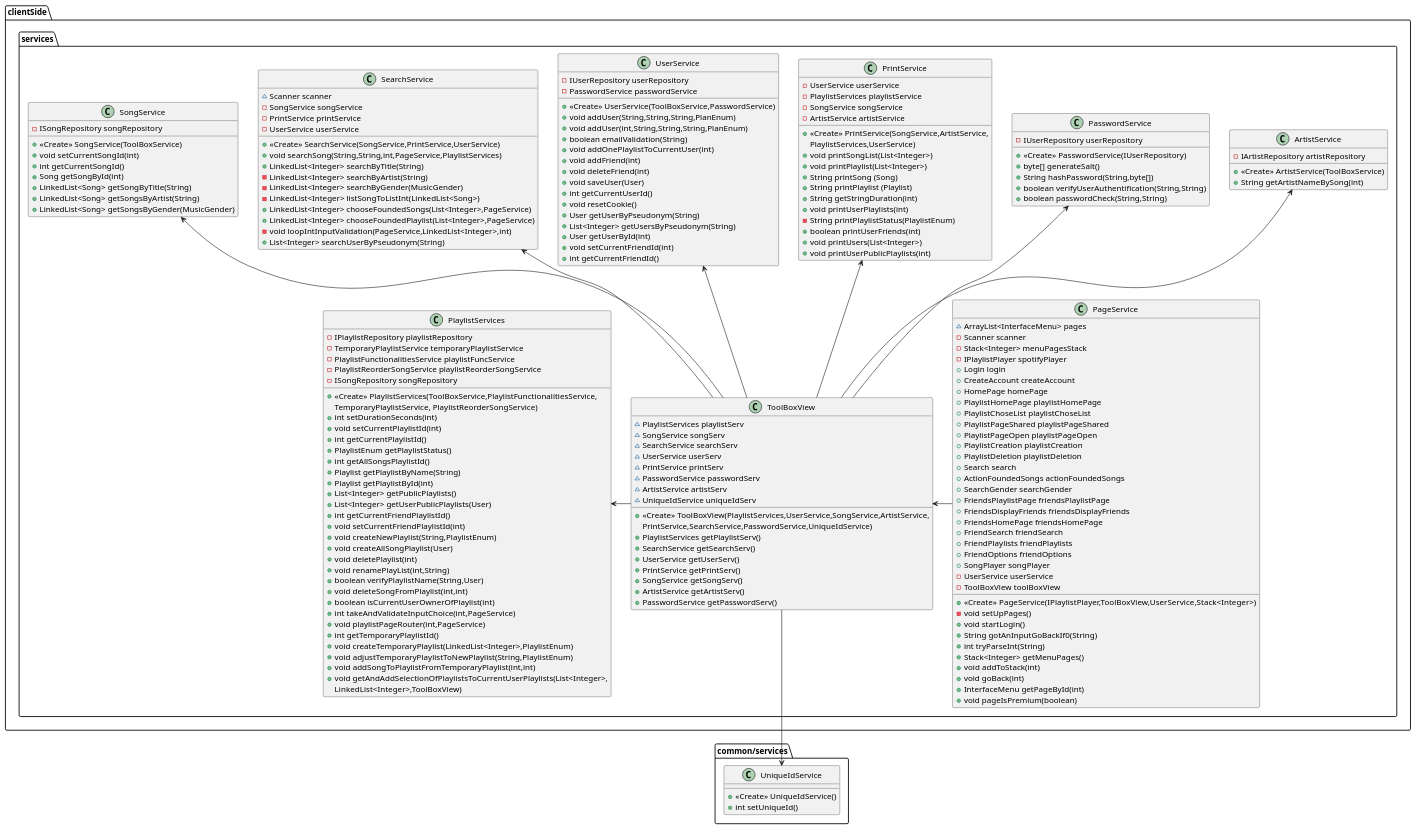
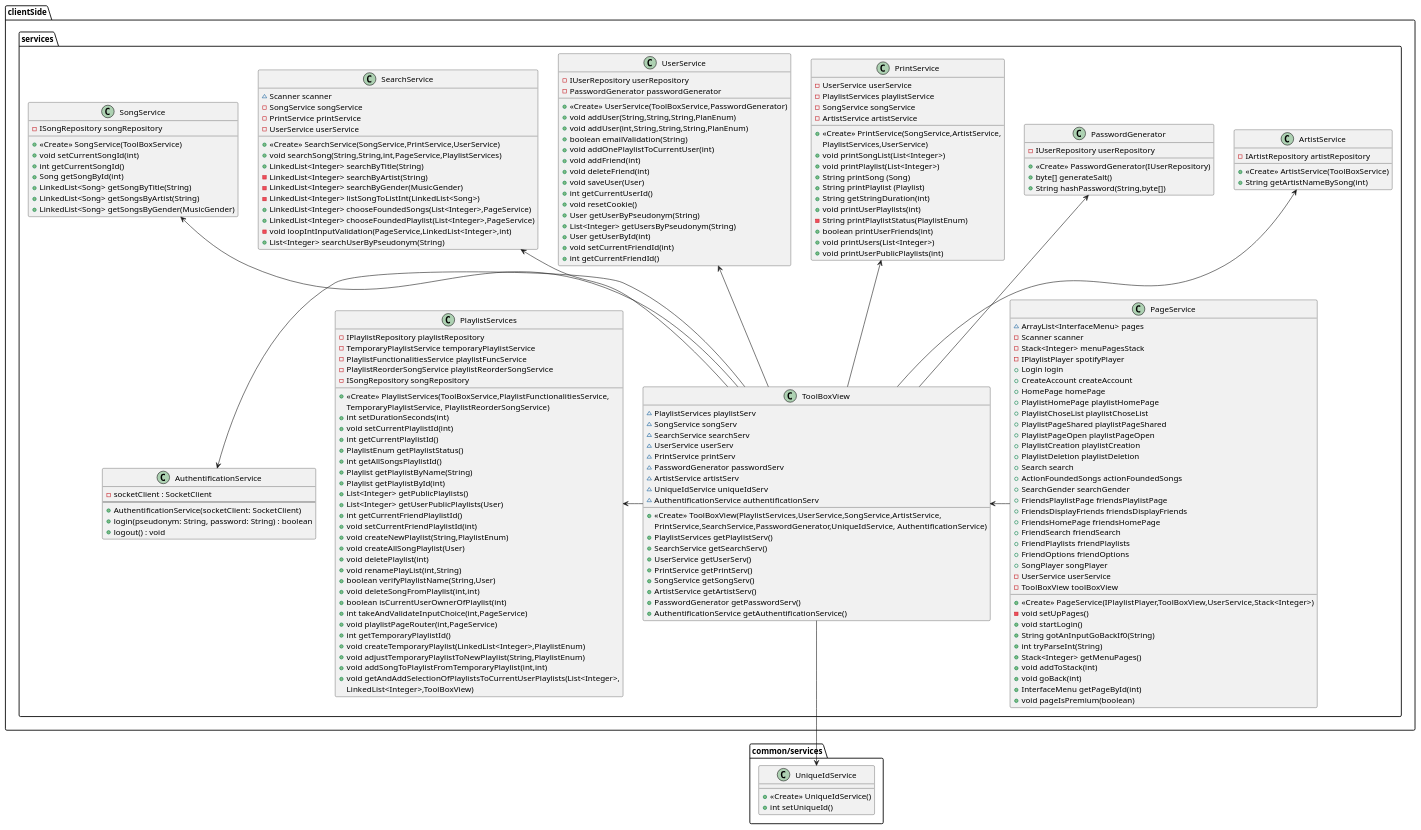
One commit to marionrossier/MiniSpotify changed the diagram in Diagrams/classDiagrams/clientSide/ToolBoxView.puml. Above: the diagram before and after it, drawn with PlantUML. The commit also changed 8 other files, not shown here.

Commit message:
refactor: rename PasswordService to PasswordGenerator and integrate AuthentificationService into ToolBoxView

```diff
--- a/Diagrams/classDiagrams/clientSide/ToolBoxView.puml
+++ b/Diagrams/classDiagrams/clientSide/ToolBoxView.puml
@@ -17,18 +17,28 @@
 ~ SearchService searchServ
 ~ UserService userServ
 ~ PrintService printServ
-~ PasswordService passwordServ
+~ PasswordGenerator passwordServ
 ~ ArtistService artistServ
 ~ UniqueIdService uniqueIdServ
+~ AuthentificationService authentificationServ
 + <<Create>> ToolBoxView(PlaylistServices,UserService,SongService,ArtistService,
-PrintService,SearchService,PasswordService,UniqueIdService)
+PrintService,SearchService,PasswordGenerator,UniqueIdService, AuthentificationService)
 + PlaylistServices getPlaylistServ()
 + SearchService getSearchServ()
 + UserService getUserServ()
 + PrintService getPrintServ()
 + SongService getSongServ()
 + ArtistService getArtistServ()
-+ PasswordService getPasswordServ()
++ PasswordGenerator getPasswordServ()
++ AuthentificationService getAuthentificationService()
+}
+
+class clientSide.services.AuthentificationService {
+    - socketClient : SocketClient
+    --
+    + AuthentificationService(socketClient: SocketClient)
+    + login(pseudonym: String, password: String) : boolean
+    + logout() : void
 }
 
 class "clientSide.services.PrintService" {
@@ -111,8 +121,8 @@
 
 class clientSide.services.UserService {
 - IUserRepository userRepository
-- PasswordService passwordService
-+ <<Create>> UserService(ToolBoxService,PasswordService)
+- PasswordGenerator passwordGenerator
++ <<Create>> UserService(ToolBoxService,PasswordGenerator)
 + void addUser(String,String,String,PlanEnum)
 + void addUser(int,String,String,String,PlanEnum)
 + boolean emailValidation(String)
@@ -129,13 +139,11 @@
 + int getCurrentFriendId()
 }
 
-class clientSide.services.PasswordService {
+class clientSide.services.PasswordGenerator {
 - IUserRepository userRepository
-+ <<Create>> PasswordService(IUserRepository)
++ <<Create>> PasswordGenerator(IUserRepository)
 + byte[] generateSalt()
 + String hashPassword(String,byte[])
-+ boolean verifyUserAuthentification(String,String)
-+ boolean passwordCheck(String,String)
 }
 
 class clientSide.services.PageService {
@@ -188,8 +196,9 @@
 clientSide.services.ToolBoxView -u-> clientSide.services.SearchService
 clientSide.services.ToolBoxView -u-> clientSide.services.UserService
 clientSide.services.ToolBoxView -u-> clientSide.services.PrintService
-clientSide.services.ToolBoxView -u-> clientSide.services.PasswordService
+clientSide.services.ToolBoxView -u-> clientSide.services.PasswordGenerator
 clientSide.services.ToolBoxView -u-> clientSide.services.ArtistService
+clientSide.services.ToolBoxView -l-> clientSide.services.AuthentificationService
 
 clientSide.services.ToolBoxView -d-> "common/services.UniqueIdService"
 clientSide.services.PageService -l-> clientSide.services.ToolBoxView
```
